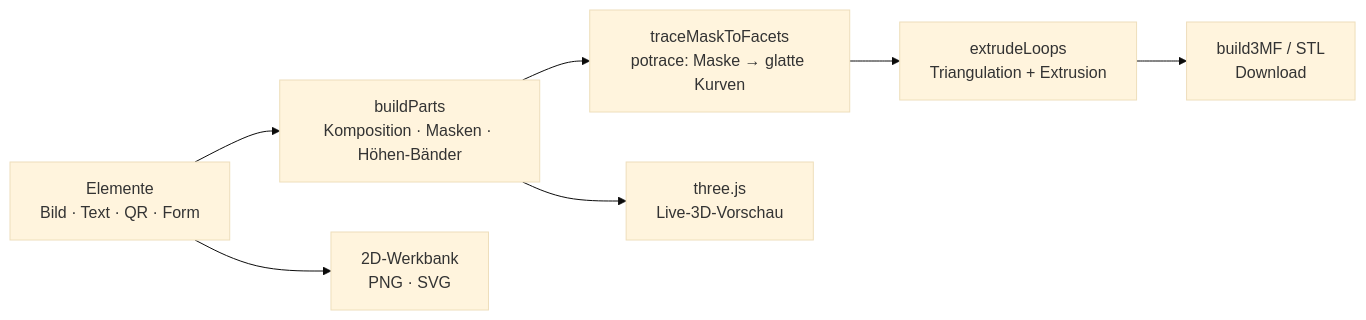
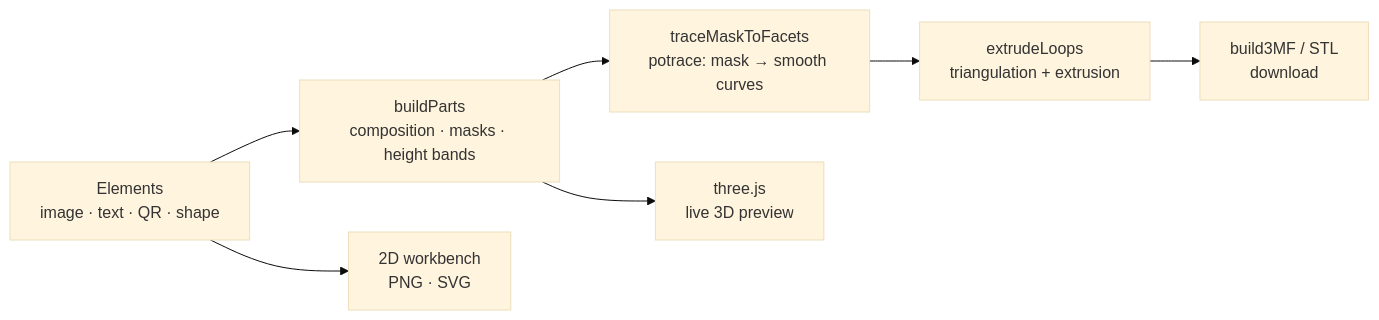
One commit to KuroTsubasa1/ukibori changed the first of 2 diagrams in README.md. Above: the diagram before and after it, drawn with Mermaid (base theme). The commit also changed other lines of this file, not shown here.

Commit message:
docs: translate README to English, drop spec references, rework architecture section

````diff
--- a/README.md
+++ b/README.md
@@ -219,9 +242,9 @@
 ```mermaid
 flowchart LR
-    A["Elemente<br/>Bild · Text · QR · Form"] --> B["buildParts<br/>Komposition · Masken · Höhen-Bänder"]
-    A --> C["2D-Werkbank<br/>PNG · SVG"]
-    B --> D["traceMaskToFacets<br/>potrace: Maske → glatte Kurven"]
-    D --> E["extrudeLoops<br/>Triangulation + Extrusion"]
-    E --> F["build3MF / STL<br/>Download"]
-    B --> G["three.js<br/>Live-3D-Vorschau"]
+    A["Elements<br/>image · text · QR · shape"] --> B["buildParts<br/>composition · masks · height bands"]
+    A --> C["2D workbench<br/>PNG · SVG"]
+    B --> D["traceMaskToFacets<br/>potrace: mask → smooth curves"]
+    D --> E["extrudeLoops<br/>triangulation + extrusion"]
+    E --> F["build3MF / STL<br/>download"]
+    B --> G["three.js<br/>live 3D preview"]
 ```
````
